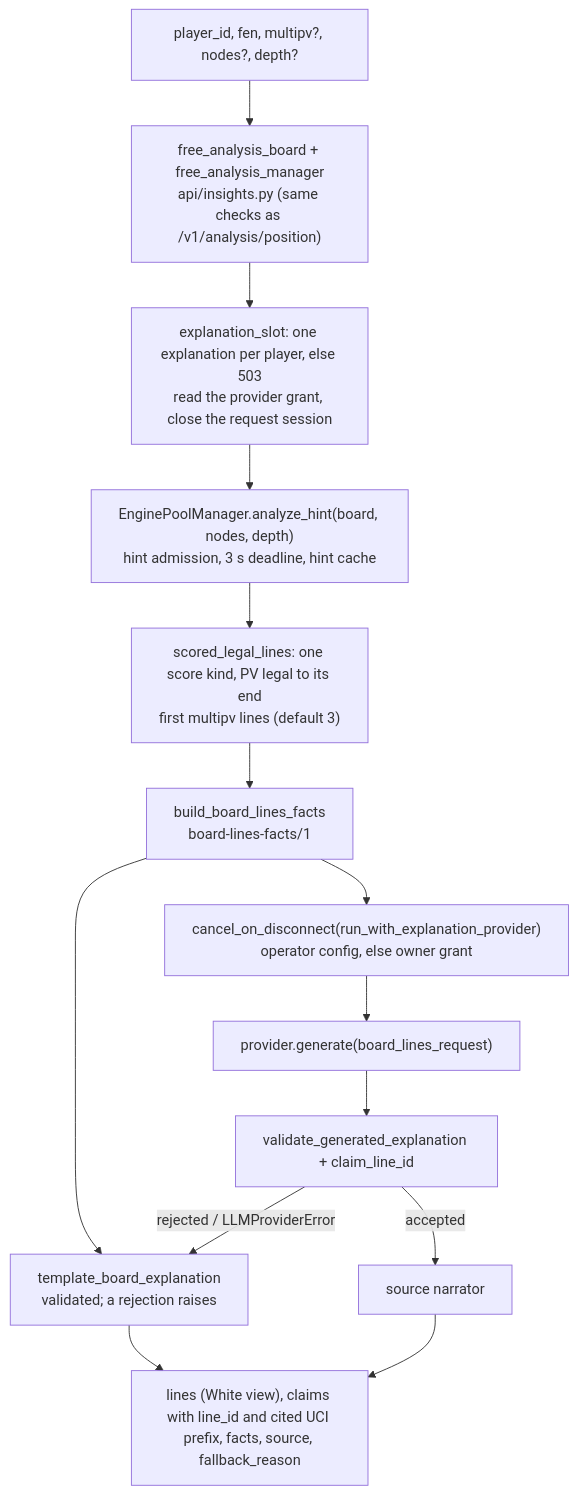
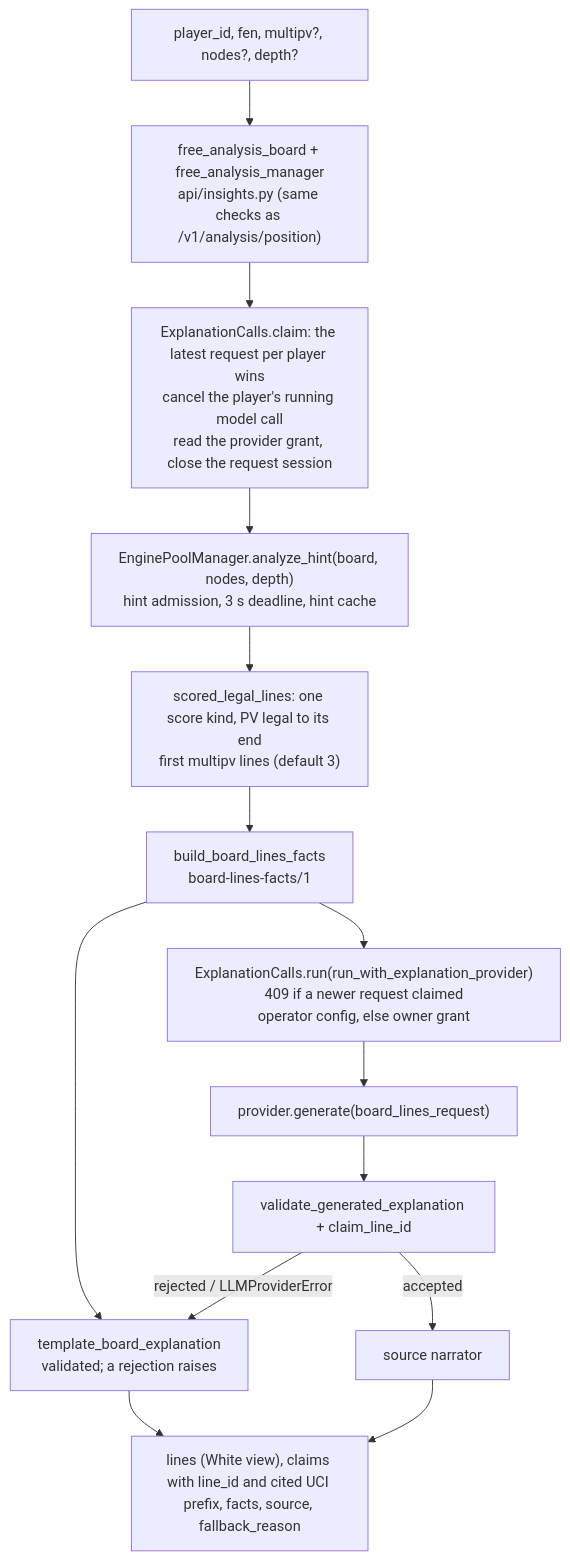
One commit to Mathews-Tom/Scan64 changed the second of 2 diagrams in docs/narrator-pipeline.md. Above: the diagram before and after it, drawn with Mermaid. The commit also changed other lines of this file and 1 other file, not shown here.

Commit message:
docs(narrator): describe latest-request-wins explanation cancellation
Correct docs/user-guide.md and docs/narrator-pipeline.md section 12 (text and
flowchart nodes): the latest request cancels the player's running model call,
an older request returns 409, and the endpoint does not rely on disconnect
detection, which BaseHTTPMiddleware hides.

Claude-Session: https://claude.ai/code/session_01FfK5Bx6stPzvGjDQZ8AMLW

````diff
--- a/docs/narrator-pipeline.md
+++ b/docs/narrator-pipeline.md
@@ -307,16 +307,16 @@
 ```mermaid
 flowchart TD
     REQ["player_id, fen, multipv?, nodes?, depth?"] --> ADM["free_analysis_board + free_analysis_manager<br/>api/insights.py (same checks as /v1/analysis/position)"]
-    ADM --> SLOT["explanation_slot: one explanation per player, else 503<br/>read the provider grant, close the request session"]
+    ADM --> SLOT["ExplanationCalls.claim: the latest request per player wins<br/>cancel the player's running model call<br/>read the provider grant, close the request session"]
     SLOT --> HINT["EnginePoolManager.analyze_hint(board, nodes, depth)<br/>hint admission, 3 s deadline, hint cache"]
     HINT --> SL["scored_legal_lines: one score kind, PV legal to its end<br/>first multipv lines (default 3)"]
     SL --> BF["build_board_lines_facts<br/>board-lines-facts/1"]
     BF --> TPL["template_board_explanation<br/>validated; a rejection raises"]
-    BF --> RUN["cancel_on_disconnect(run_with_explanation_provider)<br/>operator config, else owner grant"]
+    BF --> RUN["ExplanationCalls.run(run_with_explanation_provider)<br/>409 if a newer request claimed<br/>operator config, else owner grant"]
     RUN --> GEN["provider.generate(board_lines_request)"]
     GEN --> VAL["validate_generated_explanation + claim_line_id"]
     VAL -->|"accepted"| NAR["source narrator"]
     VAL -->|"rejected / LLMProviderError"| TPL
     TPL --> RESP["lines (White view), claims with line_id and cited UCI prefix, facts, source, fallback_reason"]
     NAR --> RESP
 ```
````
